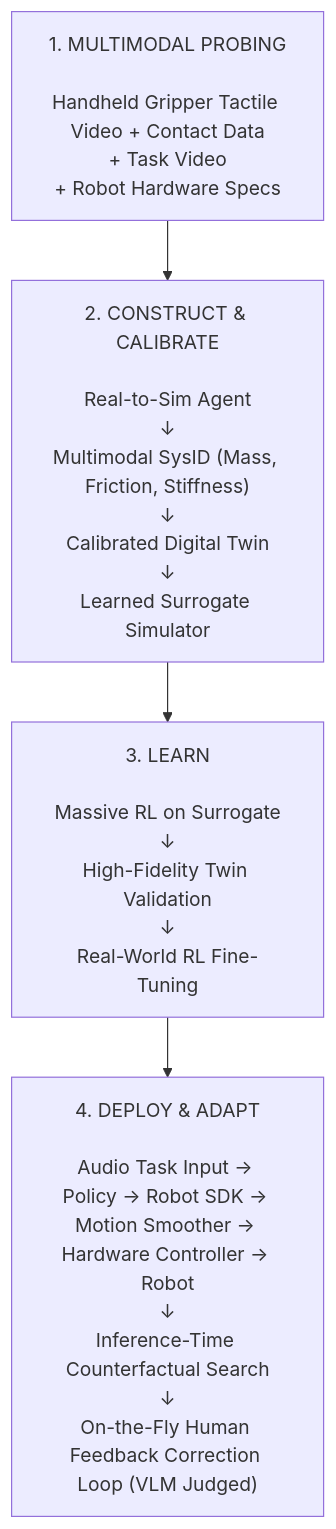
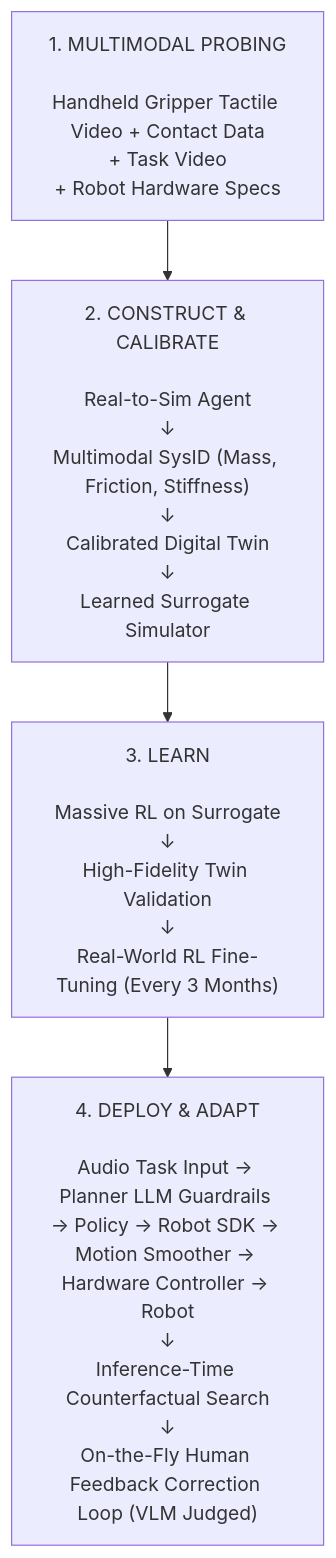
Before and after one commit to Freelunch-AI/freelunch-ide: diagram 11 of 11 in docs/specs/post-demo/lunch_robotics.md, drawn with Mermaid. The commit also changed other lines of this file, not shown here.

````diff
--- a/docs/specs/post-demo/lunch_robotics.md
+++ b/docs/specs/post-demo/lunch_robotics.md
@@ -485,10 +506,10 @@
 ```mermaid
 flowchart TD
     A["1. MULTIMODAL PROBING<br/><br/>Handheld Gripper Tactile Video + Contact Data<br/>+ Task Video<br/>+ Robot Hardware Specs"]
 
     A --> B["2. CONSTRUCT & CALIBRATE<br/><br/>Real-to-Sim Agent<br/>↓<br/>Multimodal SysID (Mass, Friction, Stiffness)<br/>↓<br/>Calibrated Digital Twin<br/>↓<br/>Learned Surrogate Simulator"]
 
-    B --> C["3. LEARN<br/><br/>Massive RL on Surrogate<br/>↓<br/>High-Fidelity Twin Validation<br/>↓<br/>Real-World RL Fine-Tuning"]
+    B --> C["3. LEARN<br/><br/>Massive RL on Surrogate<br/>↓<br/>High-Fidelity Twin Validation<br/>↓<br/>Real-World RL Fine-Tuning (Every 3 Months)"]
 
-    C --> D["4. DEPLOY & ADAPT<br/><br/>Audio Task Input → Policy → Robot SDK → Motion Smoother → Hardware Controller → Robot<br/>↓<br/>Inference-Time Counterfactual Search<br/>↓<br/>On-the-Fly Human Feedback Correction Loop (VLM Judged)"]
+    C --> D["4. DEPLOY & ADAPT<br/><br/>Audio Task Input → Planner LLM Guardrails → Policy → Robot SDK → Motion Smoother → Hardware Controller → Robot<br/>↓<br/>Inference-Time Counterfactual Search<br/>↓<br/>On-the-Fly Human Feedback Correction Loop (VLM Judged)"]
 ```
````
